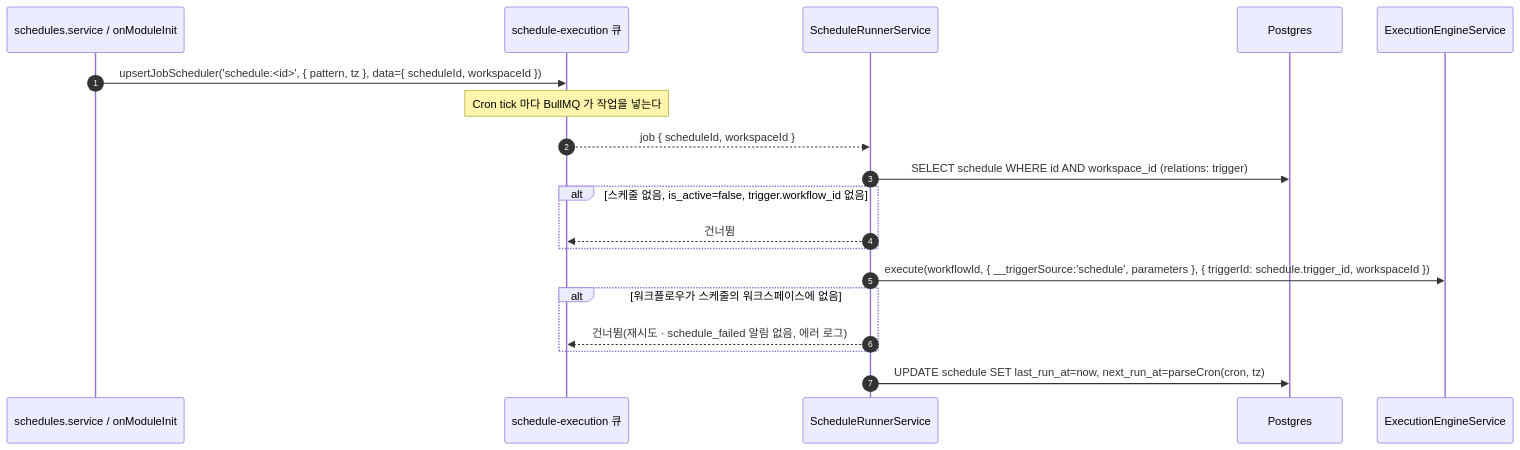
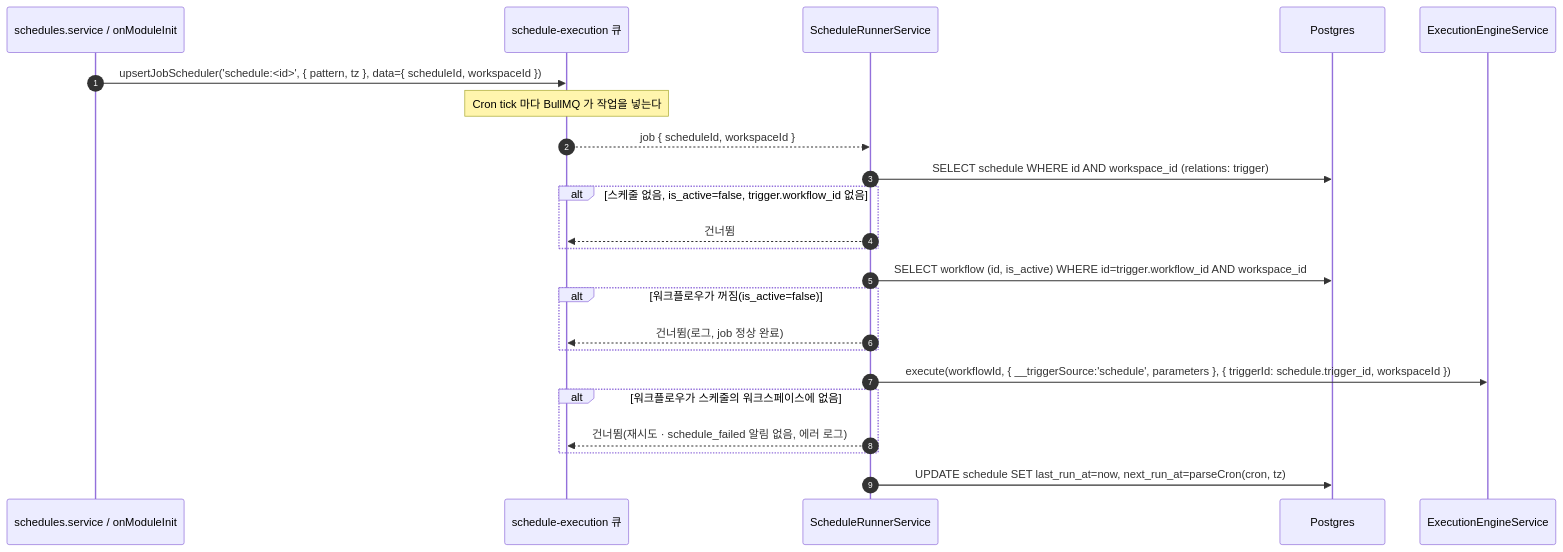
The fourth of 6 diagrams in spec/CLE-TRIG/CLE-TRIG-DATA.md (worker-ants/clemvion), drawn with Mermaid before and after one commit. The commit also changed other lines of this file and 15 other files, not shown here.

````diff
--- a/spec/CLE-TRIG/CLE-TRIG-DATA.md
+++ b/spec/CLE-TRIG/CLE-TRIG-DATA.md
@@ -284,21 +292,25 @@
 ```mermaid
 sequenceDiagram
     autonumber
     participant Reg as schedules.service / onModuleInit
     participant Q as schedule-execution 큐
     participant Proc as ScheduleRunnerService
     participant PG as Postgres
     participant Eng as ExecutionEngineService
     Reg->>Q: upsertJobScheduler('schedule:<id>', { pattern, tz }, data={ scheduleId, workspaceId })
     Note over Q: Cron tick 마다 BullMQ 가 작업을 넣는다
     Q-->>Proc: job { scheduleId, workspaceId }
     Proc->>PG: SELECT schedule WHERE id AND workspace_id (relations: trigger)
     alt 스케줄 없음, is_active=false, trigger.workflow_id 없음
         Proc-->>Q: 건너뜀
     end
+    Proc->>PG: SELECT workflow (id, is_active) WHERE id=trigger.workflow_id AND workspace_id
+    alt 워크플로우가 꺼짐(is_active=false)
+        Proc-->>Q: 건너뜀(로그, job 정상 완료)
+    end
     Proc->>Eng: execute(workflowId, { __triggerSource:'schedule', parameters }, { triggerId: schedule.trigger_id, workspaceId })
     alt 워크플로우가 스케줄의 워크스페이스에 없음
         Proc-->>Q: 건너뜀(재시도 · schedule_failed 알림 없음, 에러 로그)
     end
     Proc->>PG: UPDATE schedule SET last_run_at=now, next_run_at=parseCron(cron, tz)
 ```
````
